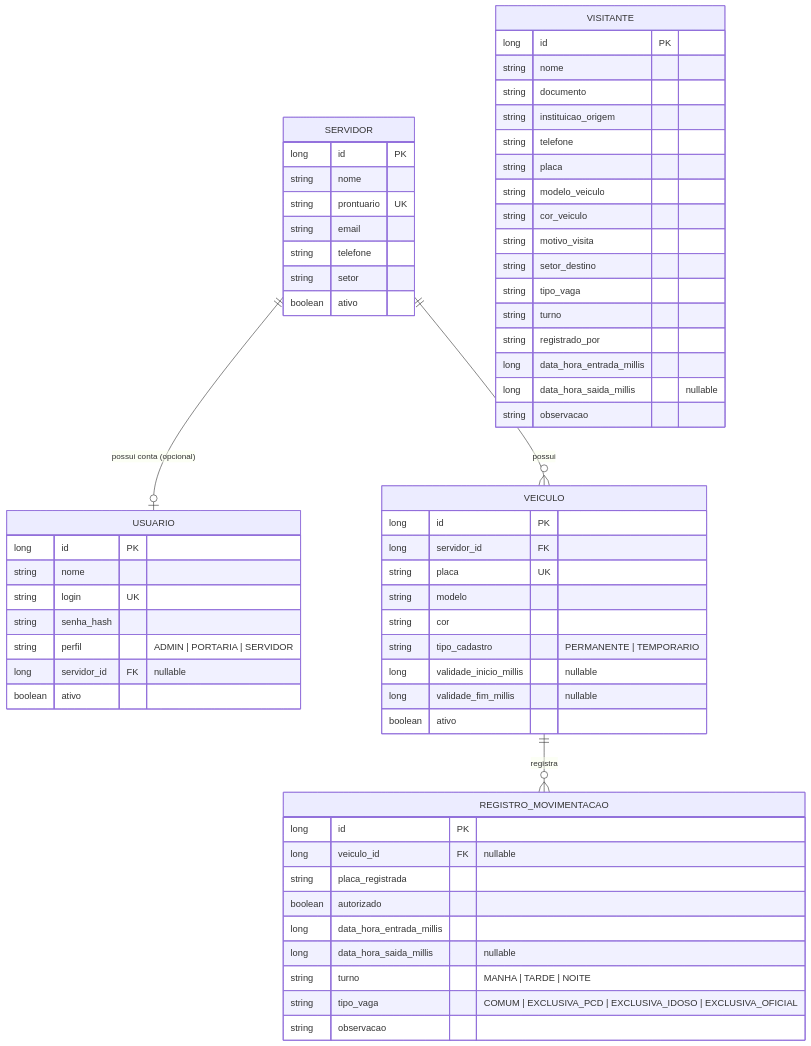
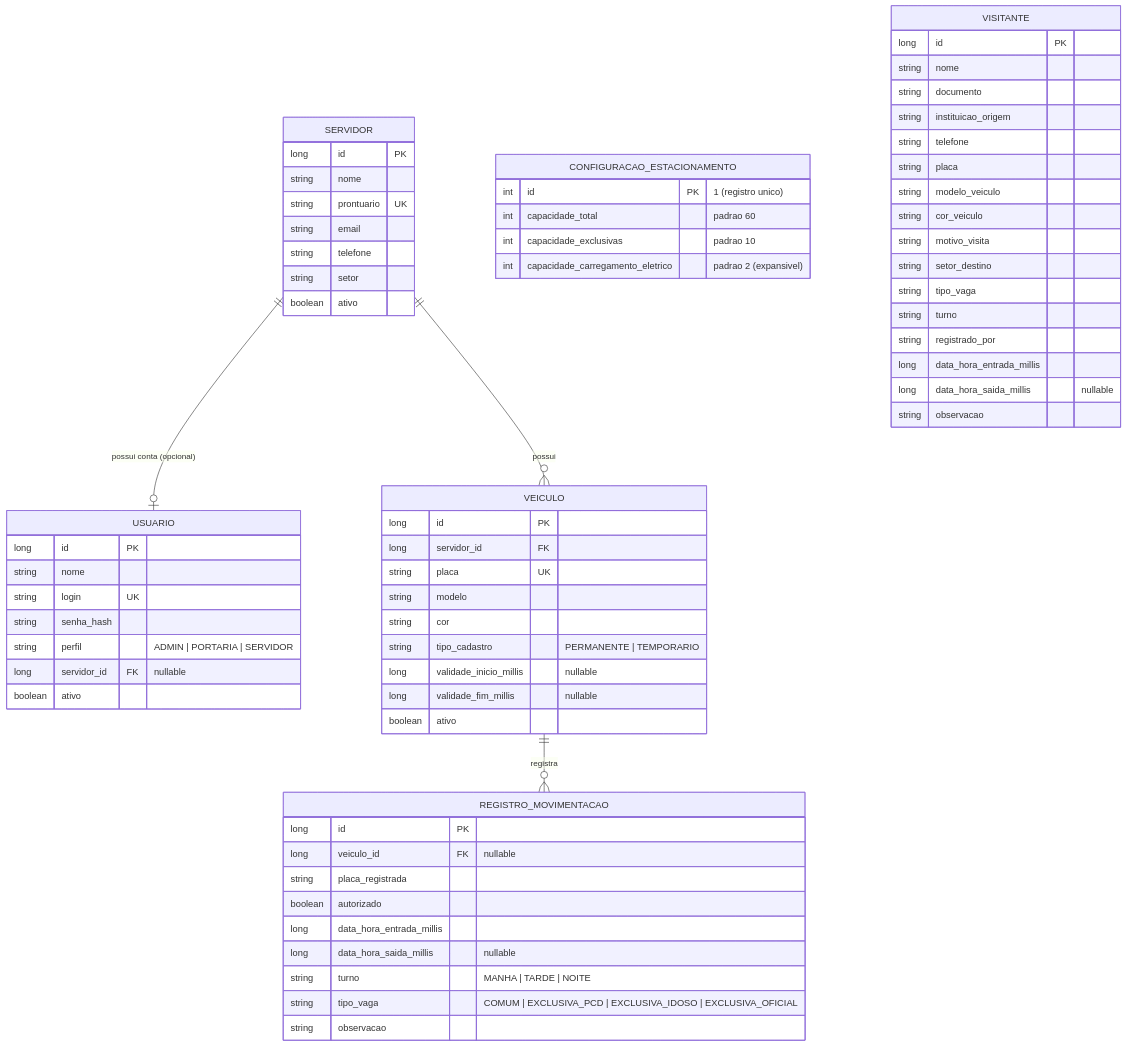
Before and after one commit to Mix994/parking-solvers: the first of 3 diagrams in 2.Analise e Design/diagrama/SPARK - Modelos Analise e Design.md, drawn with Mermaid. The commit also changed other lines of this file and 3 other files, not shown here.

````diff
--- a/2.Analise e Design/diagrama/SPARK - Modelos Analise e Design.md
+++ b/2.Analise e Design/diagrama/SPARK - Modelos Analise e Design.md
@@ -5,69 +5,76 @@
 ```mermaid
 erDiagram
     SERVIDOR ||--o| USUARIO : "possui conta (opcional)"
     SERVIDOR ||--o{ VEICULO : "possui"
     VEICULO ||--o{ REGISTRO_MOVIMENTACAO : "registra"
+
+    CONFIGURACAO_ESTACIONAMENTO {
+        int id PK "1 (registro unico)"
+        int capacidade_total "padrao 60"
+        int capacidade_exclusivas "padrao 10"
+        int capacidade_carregamento_eletrico "padrao 2 (expansivel)"
+    }
 
     USUARIO {
         long id PK
         string nome
         string login UK
         string senha_hash
         string perfil "ADMIN | PORTARIA | SERVIDOR"
         long servidor_id FK "nullable"
         boolean ativo
     }
 
     SERVIDOR {
         long id PK
         string nome
         string prontuario UK
         string email
         string telefone
         string setor
         boolean ativo
     }
 
     VEICULO {
         long id PK
         long servidor_id FK
         string placa UK
         string modelo
         string cor
         string tipo_cadastro "PERMANENTE | TEMPORARIO"
         long validade_inicio_millis "nullable"
         long validade_fim_millis "nullable"
         boolean ativo
     }
 
     REGISTRO_MOVIMENTACAO {
         long id PK
         long veiculo_id FK "nullable"
         string placa_registrada
         boolean autorizado
         long data_hora_entrada_millis
         long data_hora_saida_millis "nullable"
         string turno "MANHA | TARDE | NOITE"
         string tipo_vaga "COMUM | EXCLUSIVA_PCD | EXCLUSIVA_IDOSO | EXCLUSIVA_OFICIAL"
         string observacao
     }
 
     VISITANTE {
         long id PK
         string nome
         string documento
         string instituicao_origem
         string telefone
         string placa
         string modelo_veiculo
         string cor_veiculo
         string motivo_visita
         string setor_destino
         string tipo_vaga
         string turno
         string registrado_por
         long data_hora_entrada_millis
         long data_hora_saida_millis "nullable"
         string observacao
     }
 ```
````
